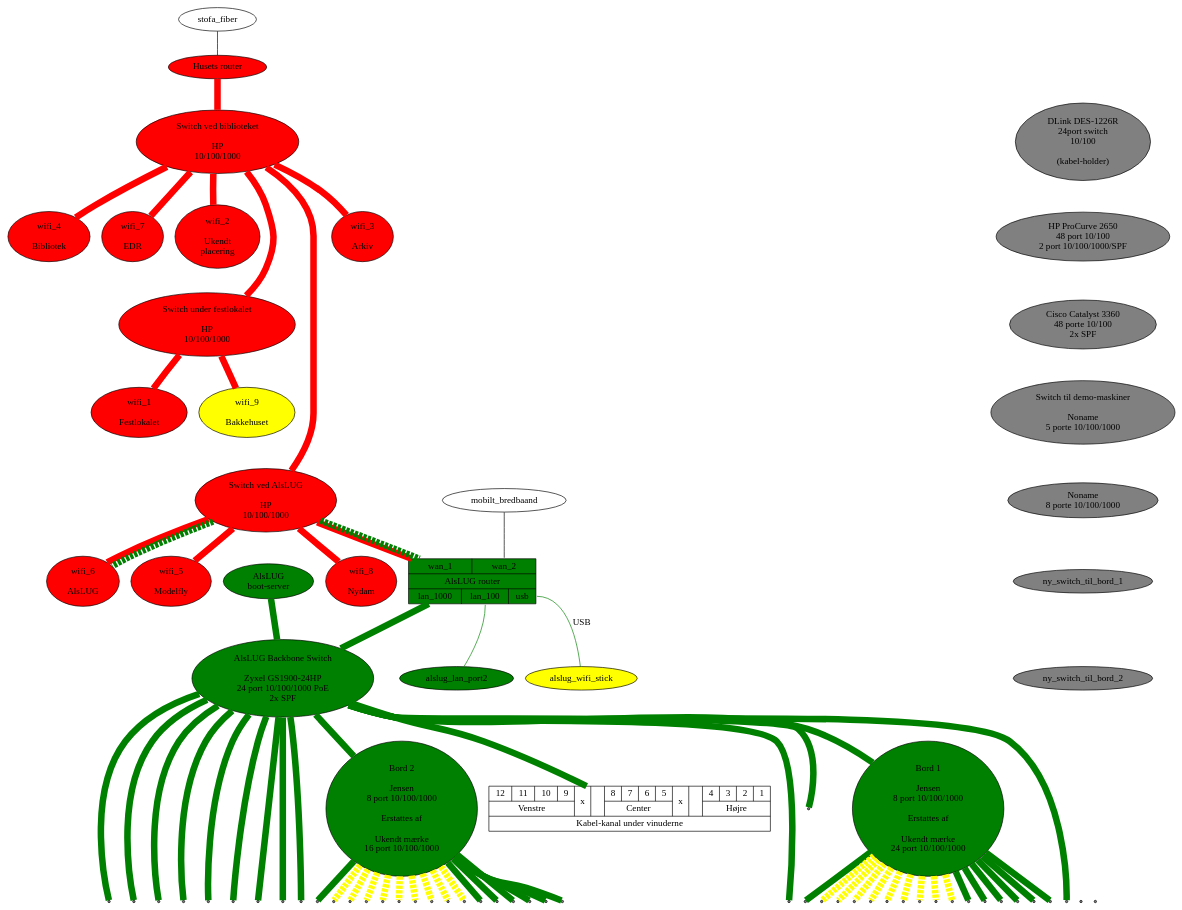
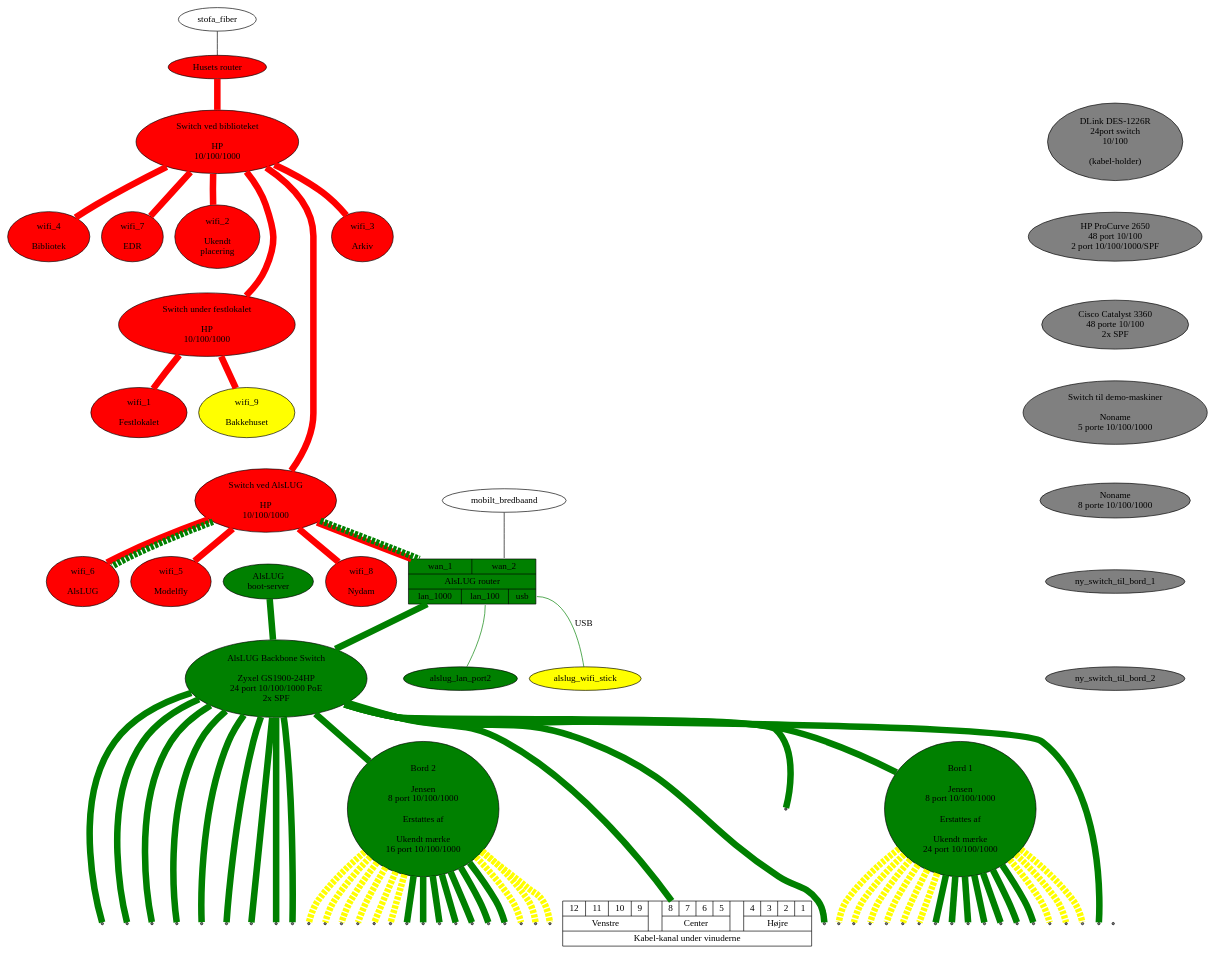
The diagram in projekter/network.dot (alslug/alslug.dk), drawn with Graphviz before and after one commit.

```diff
--- a/projekter/network.dot
+++ b/projekter/network.dot
@@ -1,116 +1,114 @@
 digraph xxx {
 #  link_12a [ shape=point ];
 #  link_12b [ shape=point ];
 #  link_12c [ shape=point ];
   edge [ dir=none penwidth=10 ];
 
   node [ style=filled fillcolor=red ];
   husets_router [ label="Husets router" ];
   husets_switch_1 [ label="Switch ved biblioteket\n\nHP\n10/100/1000" ];
   husets_switch_2 [ label="Switch ved AlsLUG\n\nHP\n10/100/1000" ];
   festlokale_switch [ label="Switch under festlokalet\n\nHP\n10/100/1000" ];
   wifi_1 [ label=" wifi_1 \n\n Festlokalet "                ];
   wifi_2 [ label=" wifi_2 \n\n Ukendt \n placering "        ];
   wifi_3 [ label=" wifi_3 \n\n Arkiv "                      ];
   wifi_4 [ label=" wifi_4 \n\n Bibliotek "                  ];
   wifi_5 [ label=" wifi_5 \n\n Modelfly "                   ];
   wifi_6 [ label=" wifi_6 \n\n AlsLUG "                     ];
   wifi_7 [ label=" wifi_7 \n\n EDR "                        ];
   wifi_8 [ label=" wifi_8 \n\n Nydam "                      ];
   wifi_9 [ label=" wifi_9 \n\n Bakkehuset" fillcolor=yellow ];
   
   node [ style=filled fillcolor=green ];
   alslug_router [ shape=record label="{{<wan_1> wan_1|<wan_2> wan_2}|AlsLUG router|{<lan_1000> lan_1000|<lan_100> lan_100|<usb> usb}}" ];
   alslug_gl_bootserver [ label="AlsLUG\nboot-server" ];
   alslug_backbone_switch [ label="AlsLUG Backbone Switch\n\nZyxel GS1900-24HP\n24 port 10/100/1000 PoE\n2x SPF"];
   bord_1 [ label="Bord 1\n\nJensen\n8 port 10/100/1000\n\n Erstattes af\n\nUkendt mærke\n24 port 10/100/1000"];
   bord_2 [ label="Bord 2\n\nJensen\n8 port 10/100/1000\n\n Erstattes af\n\nUkendt mærke\n16 port 10/100/1000"];
   alslug_wifi_stick alslug_lan_port2;
   
   // Udstyr som pt ikke bruges
   node [ style=filled fillcolor=gray ];
   switch_24p      [ label="DLink DES-1226R\n24port switch\n10/100\n\n(kabel-holder)"];
   switch_48p      [ label="HP ProCurve 2650\n48 port 10/100\n2 port 10/100/1000/SPF"];
   switch_48p_poe  [ label="Cisco Catalyst 3360\n48 porte 10/100\n2x SPF"];
   switch_5p       [ label="Switch til demo-maskiner\n\nNoname\n5 porte 10/100/1000" ];
   switch_8p       [ label="Noname\n8 porte 10/100/1000"];
   
   switch_24p -> switch_48p -> switch_48p_poe -> switch_5p -> switch_8p -> ny_switch_til_bord_1 -> ny_switch_til_bord_2 -> bord_1 [ color=invis ];
   
   
   node [ style=normal ];
   // Internet forbindelser
   stofa_fiber      -> husets_router:wan_1 [ penwidth=1 fillcolor=black style=filled ];
   mobilt_bredbaand -> alslug_router:wan_2 [ penwidth=1 fillcolor=black style=filled ];
   
   // Husets forbindelser
   edge  [ color=red style=solid ];
   husets_switch_1 -> festlokale_switch -> {             wifi_1                                                  wifi_9 };
   husets_router -> husets_switch_1 -> {                        wifi_2 wifi_3 wifi_4               wifi_7               };
   husets_switch_1 -> husets_switch_2 -> { alslug_router                             wifi_5 wifi_6        wifi_8        };
 
   // VLAN forbindelser over bakkensbros netværk
   edge  [ color=green style=dashed ];
   husets_switch_2 -> { alslug_router:wan_1 wifi_6 };
 
   alslug_wifi_stick [ fillcolor=yellow style=filled ];
 
   // Interne forbindelser
   edge [ color=green style=solid ];
   node [ shape=point ];
   
   {alslug_router:lan_1000 alslug_gl_bootserver} -> alslug_backbone_switch -> { bord_1 bord_2 
                   vindue:1
                   vindue:2
                   vindue:3
                   vindue:4
                   vindue:5
                   vindue:6
                   vindue:7
                   vindue:8
                   vindue:9
                   vindue:10
                   vindue:11
                   vindue:12
                   vinude_left_12  vindue_left_11  vindue_left_10  vindue_left_9
                   vindue_center_8 vindue_center_7 vindue_center_6 vindue_center_5
                   vindue_right_4  vindue_right_3  vindue_right_2  vindue_right_1
                   }
 
   alslug_router:usb -> alslug_wifi_stick [ penwidth=1 label="USB" ];
   alslug_router:lan_100 -> alslug_lan_port2 [ penwidth=1 ];
   
   bord_1 -> {
                   bord_1_1 bord_1_2 bord_1_3 bord_1_4 bord_1_5 bord_1_6 bord_1_7
                 };
   bord_1 -> {
                   bord_1_8 bord_1_9 bord_1_10 bord_1_11 bord_1_12 bord_1_13 bord_1_14 bord_1_15 bord_1_16
                 } [ style=dashed color=yellow ];
   bord_2 -> {
                   bord_2_1 bord_2_2 bord_2_3 bord_2_4 bord_2_5 bord_2_6 bord_2_7
                 };
   bord_2 -> {
                   bord_2_8 bord_2_9 bord_2_10 bord_2_11 bord_2_12 bord_2_13 bord_2_14 bord_2_15 bord_2_16
                 } [ style=dashed color=yellow ];
                 
   edge [ color=invis ];
   husets_switch_1 -> wifi_2 -> festlokale_switch -> wifi_1 -> husets_switch_2;
 
-  vindue [ shape=record label="{{ {{<12>12|<11>11|<10>10|<9>9}  | Venstre }|
-                                  x||
-                                  {{<8>8|<7>7|<6>6|<5>5}        | Center  }|
-                                  x||
-                                  {{<4>4|<3>3|<2>2|<1>1}        | Højre   }}| Kabel-kanal under vinuderne }}" ];
+  vindue [ shape=record label="{{ {{<12> 12|<11> 11|<10> 10|<9> 9}  | Venstre }||
+                                  {{<8> 8|<7> 7|<6> 6|<5> 5}        | Center  }||
+                                  {{<4> 4|<3> 3|<2> 2|<1> 1}        | Højre   }}| Kabel-kanal under vinuderne }}" ];
 
   subgraph {
     rank = same;
-                  vinude;
+                  vindue;
                   vindue_left_12;   vindue_left_11;   vindue_left_10;   vindue_left_9;
                   vindue_center_8;  vindue_center_7;  vindue_center_6;  vindue_center_5;
                   vindue_right_4;   vindue_right_3;   vindue_right_2;   vindue_right_1;
                   bord_1_1;   bord_1_2;   bord_1_3;   bord_1_4;   bord_1_5;   bord_1_6;   bord_1_7;   bord_1_8;
                   bord_1_9;   bord_1_10;  bord_1_11;  bord_1_12;  bord_1_13;  bord_1_14;  bord_1_15;  bord_1_16;
                   bord_2_1;   bord_2_2;   bord_2_3;   bord_2_4;   bord_2_5;   bord_2_6;   bord_2_7;   bord_2_8;
                   bord_2_9;   bord_2_10;  bord_2_11;  bord_2_12;  bord_2_13;  bord_2_14;  bord_2_15;  bord_2_16;
   }
 }
```
